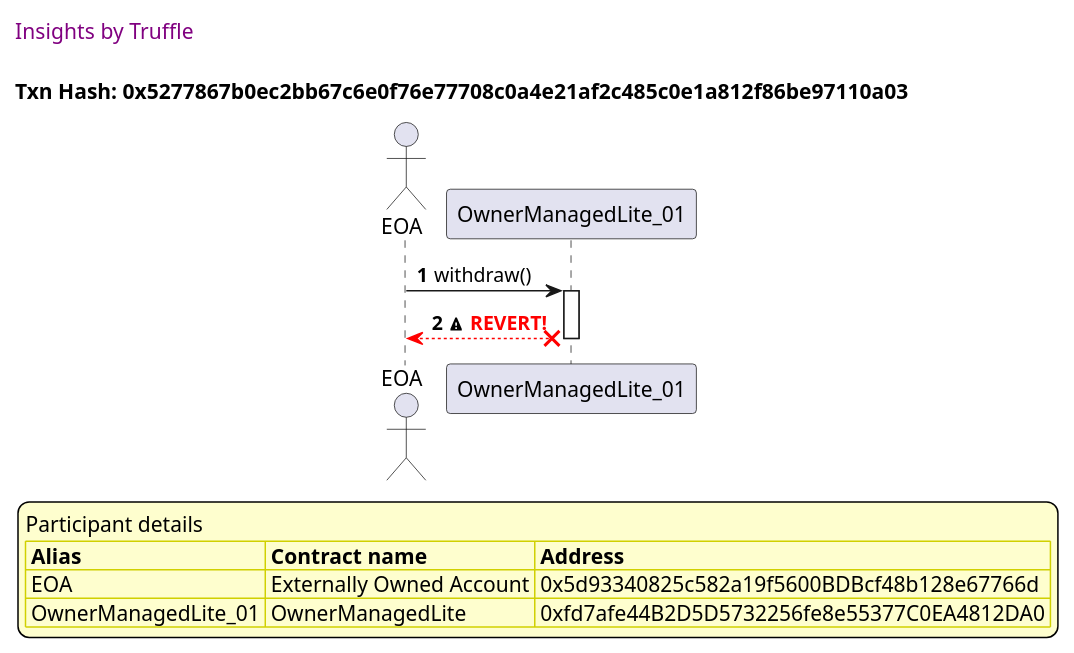
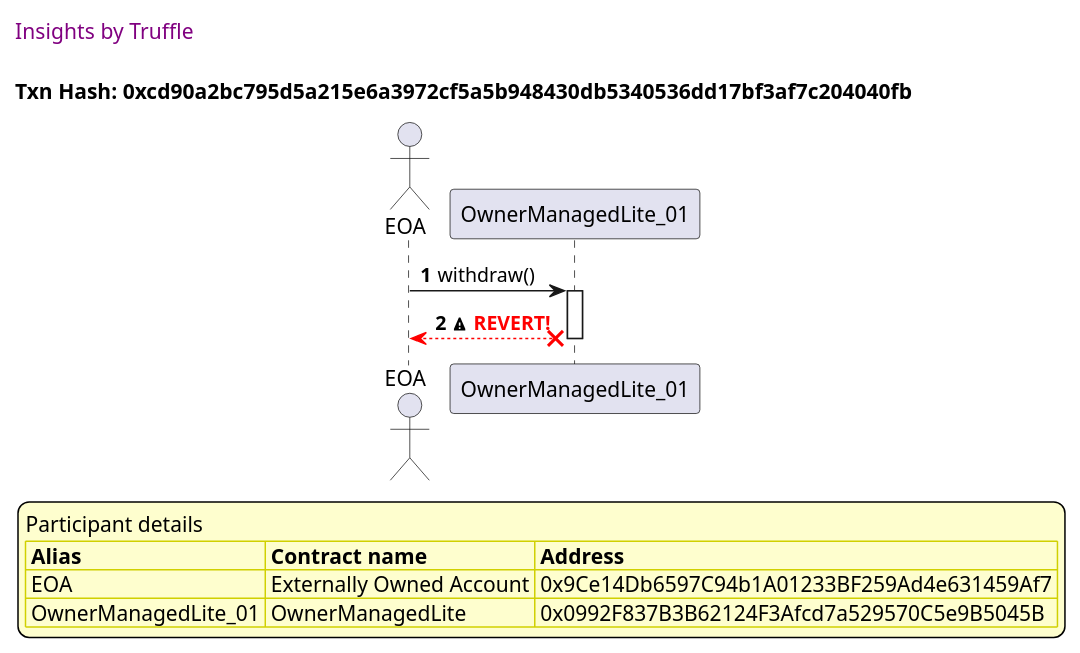
Before and after one commit to thedarkjester/ConsensysAssignment: diagram 11 of 53 in truffle-seq/OwnerManagedLite_test_withdraw_and_fallback.md, drawn with PlantUML. The commit also changed other lines of this file and 13 other files, not shown here.

````diff
--- a/truffle-seq/OwnerManagedLite_test_withdraw_and_fallback.md
+++ b/truffle-seq/OwnerManagedLite_test_withdraw_and_fallback.md
@@ -461,38 +461,38 @@
 ```plantuml
 
 
 @startuml
 
 autonumber
 skinparam legendBackgroundColor #FEFECE
 
 <style>
       header {
         HorizontalAlignment left
         FontColor purple
         FontSize 14
         Padding 10
       }
     </style>
 
 header Insights by Truffle
 
-title Txn Hash: 0x5277867b0ec2bb67c6e0f76e77708c0a4e21af2c485c0e1a812f86be97110a03
+title Txn Hash: 0xcd90a2bc795d5a215e6a3972cf5a5b948430db5340536dd17bf3af7c204040fb
 
 
 actor EOA as "EOA"
 participant OwnerManagedLite_01 as "OwnerManagedLite_01"
 
 "EOA" -> "OwnerManagedLite_01" ++: withdraw()
 "OwnerManagedLite_01" x-[#red]-> "EOA" --: <&warning> <color #red>**REVERT!**</color>
 deactivate "OwnerManagedLite_01"
 
 legend
 Participant details
 <#FEFECE,#D0D000>|= Alias |= Contract name |= Address |
-<#FEFECE>| EOA | Externally Owned Account | 0x5d93340825c582a19f5600BDBcf48b128e67766d |
-<#FEFECE>| OwnerManagedLite_01 | OwnerManagedLite | 0xfd7afe44B2D5D5732256fe8e55377C0EA4812DA0 |
+<#FEFECE>| EOA | Externally Owned Account | 0x9Ce14Db6597C94b1A01233BF259Ad4e631459Af7 |
+<#FEFECE>| OwnerManagedLite_01 | OwnerManagedLite | 0x0992F837B3B62124F3Afcd7a529570C5e9B5045B |
 endlegend
 
 @enduml
 ```
````
